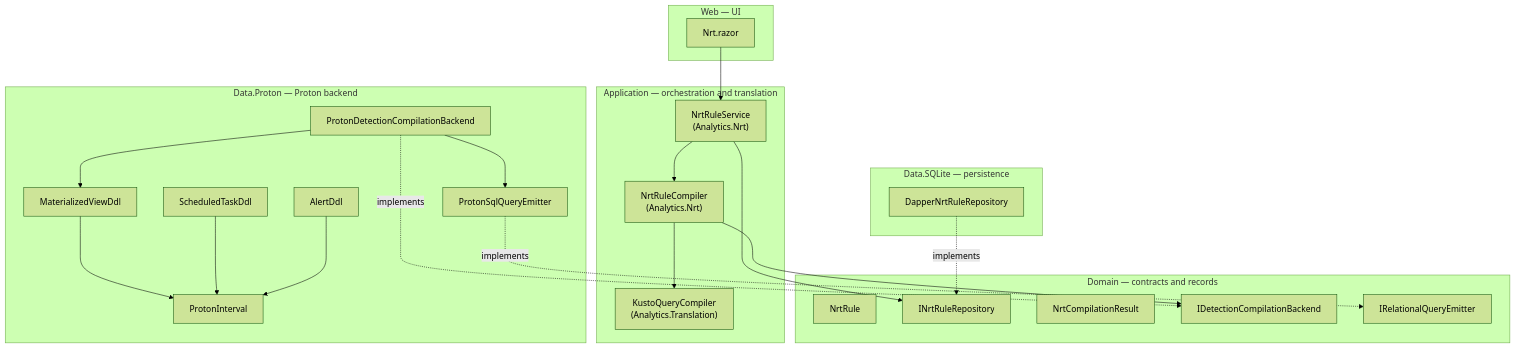
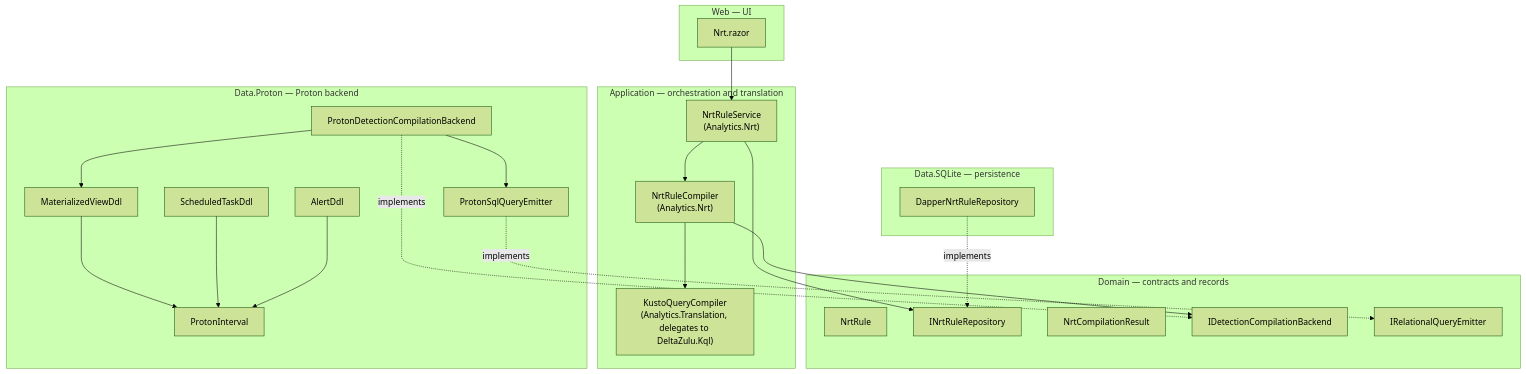
One commit to DeltaZulu-OU/DeltaZulu.Platform changed the sixth of 6 diagrams in docs/ARCHITECTURE.md. Above: the diagram before and after it, drawn with Mermaid (forest theme). The commit also changed other lines of this file and 1 other file, not shown here.

First line of the commit message:
Document shared KQL relational architecture

````diff
--- a/docs/ARCHITECTURE.md
+++ b/docs/ARCHITECTURE.md
@@ -620,43 +626,43 @@
 ```mermaid
 flowchart TB
     subgraph Domain["Domain — contracts and records"]
         NrtRule["NrtRule"]
         INrtRepo["INrtRuleRepository"]
         NrtResult["NrtCompilationResult"]
         IBackend["IDetectionCompilationBackend"]
         IEmitter["IRelationalQueryEmitter"]
     end
     subgraph Application["Application — orchestration and translation"]
         Service["NrtRuleService<br/>(Analytics.Nrt)"]
         Compiler["NrtRuleCompiler<br/>(Analytics.Nrt)"]
-        KqlCompiler["KustoQueryCompiler<br/>(Analytics.Translation)"]
+        KqlCompiler["KustoQueryCompiler<br/>(Analytics.Translation, delegates to DeltaZulu.Kql)"]
     end
     subgraph DataProton["Data.Proton — Proton backend"]
         ProtonBackend["ProtonDetectionCompilationBackend"]
         ProtonEmitter["ProtonSqlQueryEmitter"]
         MvDdl["MaterializedViewDdl"]
         TaskDdl["ScheduledTaskDdl"]
         AlertDdl["AlertDdl"]
         Interval["ProtonInterval"]
     end
     subgraph DataSQLite["Data.SQLite — persistence"]
         DapperRepo["DapperNrtRuleRepository"]
     end
     subgraph Web["Web — UI"]
         Razor["Nrt.razor"]
     end
 
     Razor --> Service
     Service --> Compiler
     Service --> INrtRepo
     Compiler --> KqlCompiler
     Compiler --> IBackend
     ProtonBackend --> ProtonEmitter
     ProtonBackend --> MvDdl
     MvDdl --> Interval
     TaskDdl --> Interval
     AlertDdl --> Interval
     ProtonEmitter -.->|implements| IEmitter
     ProtonBackend -.->|implements| IBackend
     DapperRepo -.->|implements| INrtRepo
 ```
````
